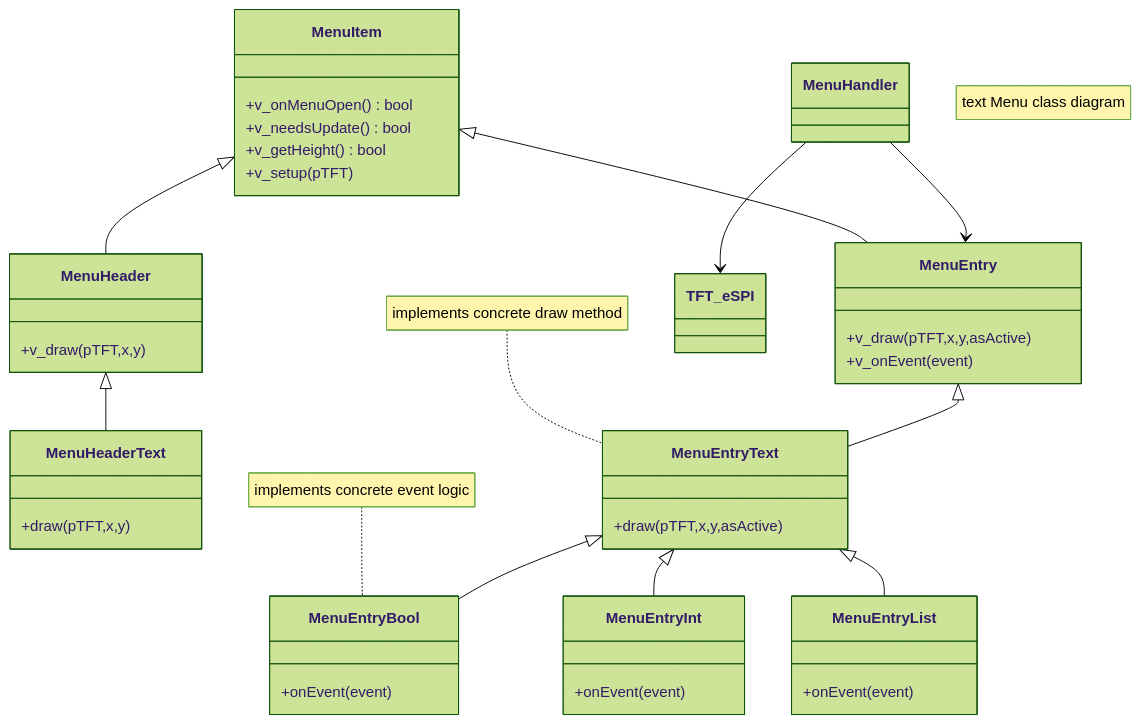
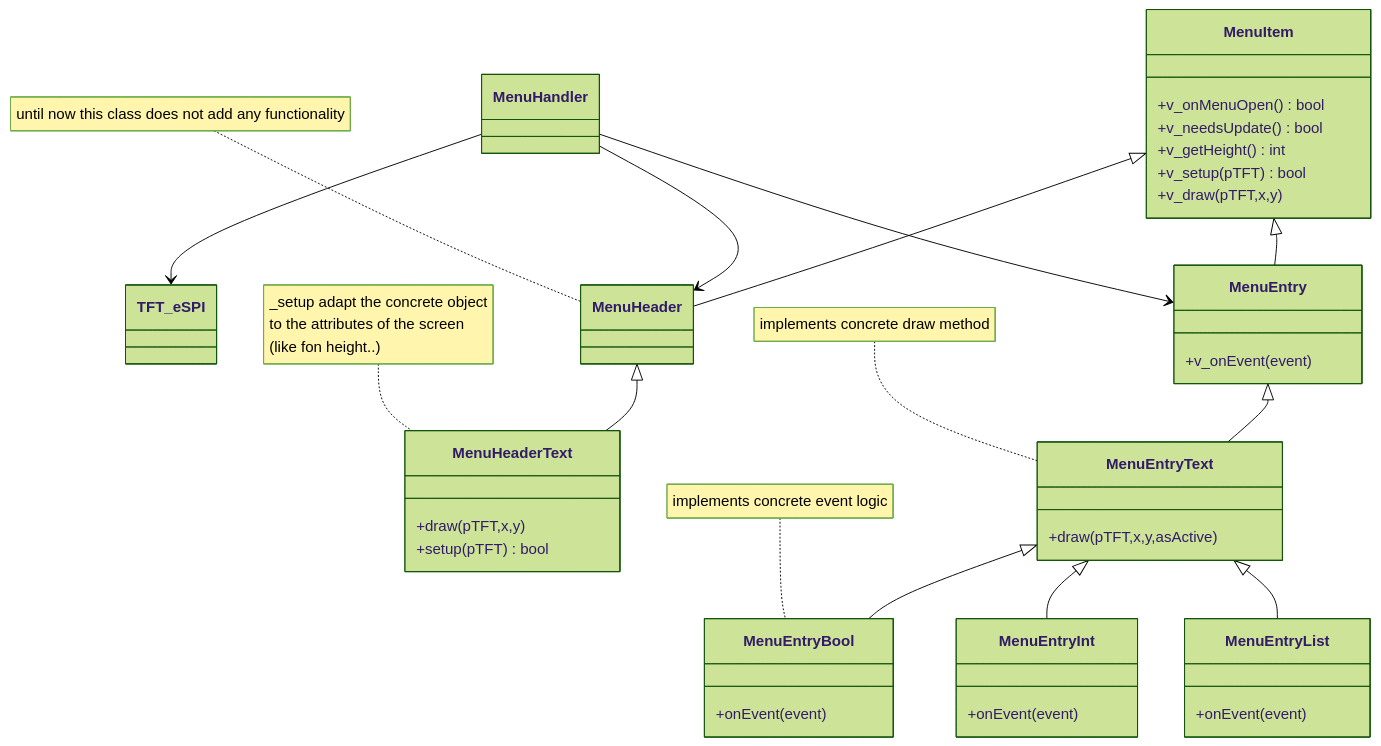
The diagram in lib/SmallMenu/Readme.md (MonkeyCodeMen/ULC-Pico-C-Code), drawn with Mermaid (forest theme) before and after one commit. The commit also changed other lines of this file and 16 other files, not shown here.

Commit message:
Menu Handler

```diff
--- a/lib/SmallMenu/Readme.md
+++ b/lib/SmallMenu/Readme.md
@@ -18,57 +31,62 @@
 :::mermaid
-classDiagram
-    note "text Menu class diagram"
+classDiagram 
+    MenuHandler --> TFT_eSPI
+    MenuHandler --> MenuEntry
+    MenuHandler --> MenuHeader
 
     MenuItem <|-- MenuHeader
     MenuItem <|-- MenuEntry
 
     MenuHeader <|-- MenuHeaderText
     MenuEntry  <|-- MenuEntryText
+    note for MenuHeader "until now this class does not add any functionality"
 
     MenuEntryText <|-- MenuEntryBool
     MenuEntryText <|-- MenuEntryInt
     MenuEntryText <|-- MenuEntryList
 
-    MenuHandler --> MenuEntry
-    MenuHandler --> TFT_eSPI
 
 
     class MenuItem{
         +v_onMenuOpen() bool
         +v_needsUpdate() bool
-        +v_getHeight() bool
-        +v_setup(pTFT)
-    }
-
-    class MenuHeader{
+        +v_getHeight() int
+        +v_setup(pTFT) bool
         +v_draw(pTFT,x,y)
     }
+  
 
+
+  
+  
     class MenuEntry{
-        +v_draw(pTFT,x,y,asActive)
         +v_onEvent(event)
     }
 
     class MenuHeaderText{
         +draw(pTFT,x,y)
+        +setup(pTFT) bool
     }
+    note for MenuHeaderText "_setup adapt the concrete object 
+    to the attributes of the screen 
+    (like fon height..)"
 
     class MenuEntryText{
         +draw(pTFT,x,y,asActive)
     }
     note for MenuEntryText "implements concrete draw method"
 
     class MenuEntryBool{
         +onEvent(event)
     }
     note for MenuEntryBool "implements concrete event logic"
 
     class MenuEntryList{
         +onEvent(event)
     }
     class MenuEntryInt{
         +onEvent(event)
     }
 
 
 :::
```
